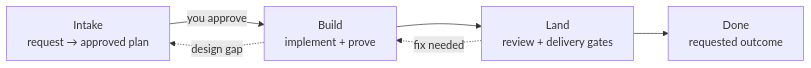
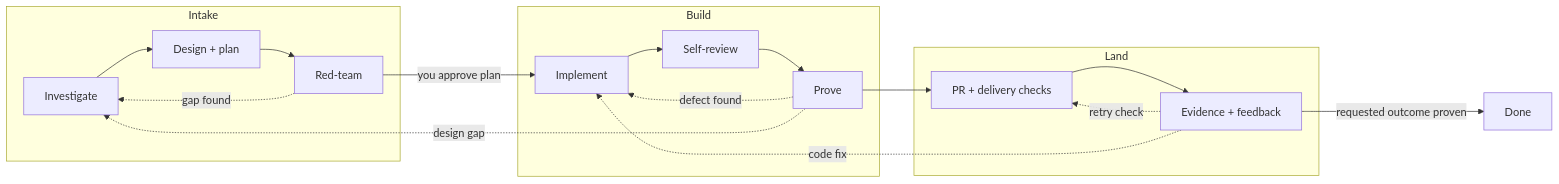
One commit to thrrive/nightshift-aidlc changed the diagram in README.md. Above: the diagram before and after it, drawn with Mermaid. The commit also changed other lines of this file and 9 other files, not shown here.

````diff
--- a/README.md
+++ b/README.md
@@ -9,8 +9,20 @@
 ```mermaid
 flowchart LR
-    A["Intake\nrequest → approved plan"] -->|you approve| B["Build\nimplement + prove"]
-    B --> C["Land\nreview + delivery gates"]
-    C --> D["Done\nrequested outcome"]
-    B -. design gap .-> A
-    C -. fix needed .-> B
+    subgraph I["Intake"]
+        I1[Investigate] --> I2[Design + plan] --> I3[Red-team]
+        I3 -. gap found .-> I1
+    end
+    subgraph B["Build"]
+        B1[Implement] --> B2[Self-review] --> B3[Prove]
+        B3 -. defect found .-> B1
+    end
+    subgraph L["Land"]
+        L1[PR + delivery checks] --> L2[Evidence + feedback]
+        L2 -. retry check .-> L1
+    end
+    I3 -->|you approve plan| B1
+    B3 --> L1
+    L2 -->|requested outcome proven| D[Done]
+    B3 -. design gap .-> I1
+    L2 -. code fix .-> B1
 ```
````
